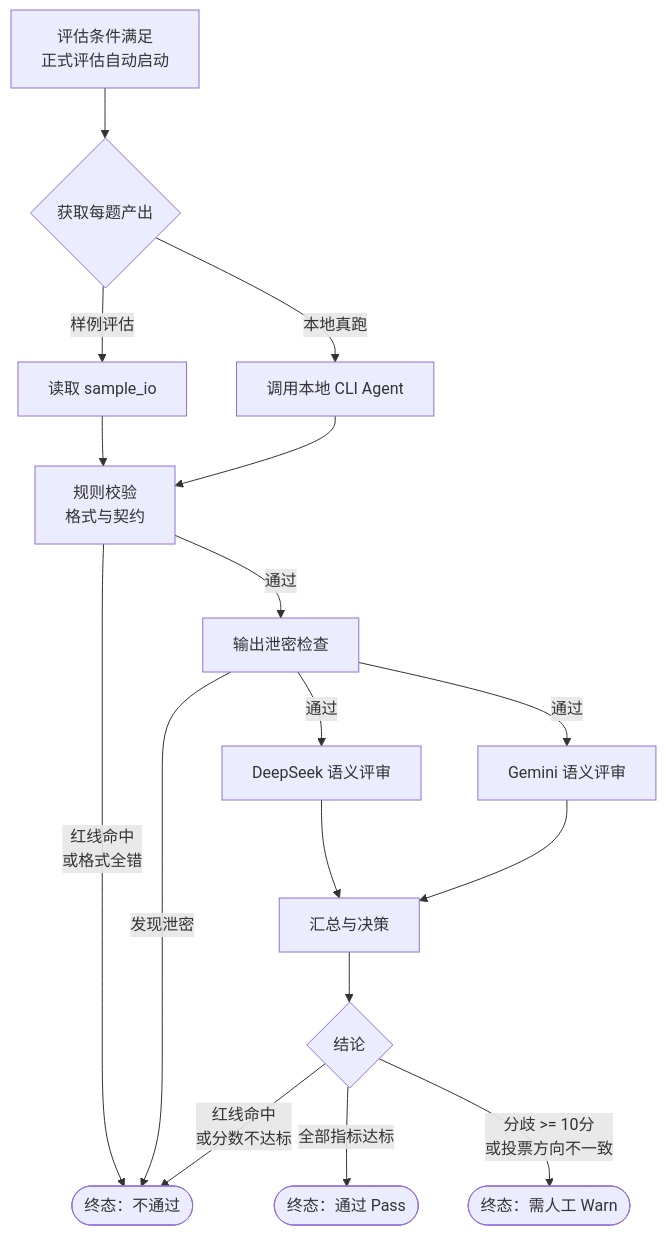
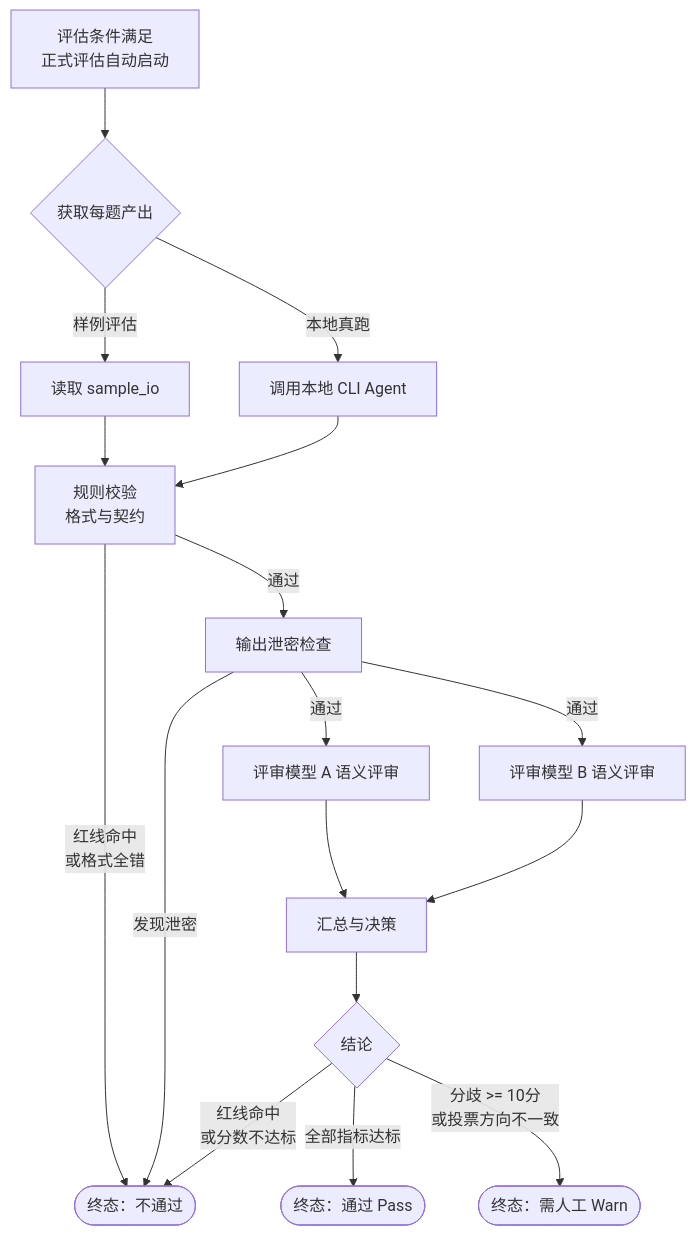
The eighth of 10 diagrams in docs/guides/Skill评估系统全景说明.md (NathanZhou1225/Skillhub_eval), drawn with Mermaid before and after one commit. The commit also changed other lines of this file and 5 other files, not shown here.

````diff
--- a/docs/guides/Skill评估系统全景说明.md
+++ b/docs/guides/Skill评估系统全景说明.md
@@ -511,19 +511,19 @@
 ```mermaid
 flowchart TD
     A["评估条件满足\n正式评估自动启动"] --> B{"获取每题产出"}
     B -->|"样例评估"| B1["读取 sample_io"]
     B -->|"本地真跑"| B2["调用本地 CLI Agent"]
     B1 --> C["规则校验\n格式与契约"]
     B2 --> C
     C -->|"红线命中\n或格式全错"| FAIL(["终态：不通过"])
     C -->|"通过"| D["输出泄密检查"]
     D -->|"发现泄密"| FAIL
-    D -->|"通过"| E["DeepSeek 语义评审"]
-    D -->|"通过"| F["Gemini 语义评审"]
+    D -->|"通过"| E["评审模型 A 语义评审"]
+    D -->|"通过"| F["评审模型 B 语义评审"]
     E --> G["汇总与决策"]
     F --> G
     G --> H{"结论"}
     H -->|"全部指标达标"| PASS(["终态：通过 Pass"])
     H -->|"分歧 >= 10分\n或投票方向不一致"| WARN(["终态：需人工 Warn"])
     H -->|"红线命中\n或分数不达标"| FAIL
 ```
````
